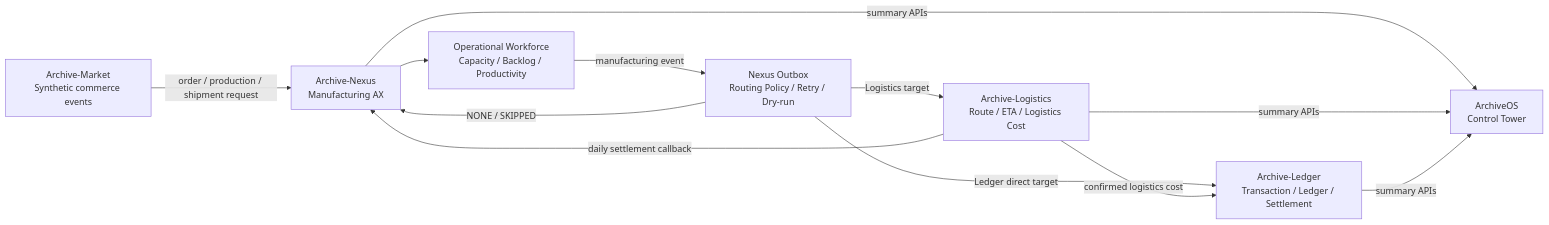
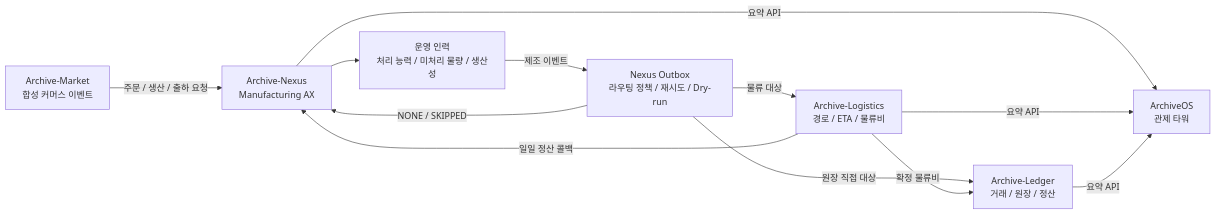
The diagram in README.md (CSJ-PJT/Archive-Nexus), drawn with Mermaid before and after one commit. The commit also changed other lines of this file, not shown here.

````diff
--- a/README.md
+++ b/README.md
@@ -26,22 +26,22 @@
 ```mermaid
 flowchart LR
-  Market[Archive-Market<br/>Synthetic commerce events]
+  Market[Archive-Market<br/>합성 커머스 이벤트]
   Nexus[Archive-Nexus<br/>Manufacturing AX]
-  Workforce[Operational Workforce<br/>Capacity / Backlog / Productivity]
-  Outbox[Nexus Outbox<br/>Routing Policy / Retry / Dry-run]
-  Logistics[Archive-Logistics<br/>Route / ETA / Logistics Cost]
-  Ledger[Archive-Ledger<br/>Transaction / Ledger / Settlement]
-  OS[ArchiveOS<br/>Control Tower]
+  Workforce[운영 인력<br/>처리 능력 / 미처리 물량 / 생산성]
+  Outbox[Nexus Outbox<br/>라우팅 정책 / 재시도 / Dry-run]
+  Logistics[Archive-Logistics<br/>경로 / ETA / 물류비]
+  Ledger[Archive-Ledger<br/>거래 / 원장 / 정산]
+  OS[ArchiveOS<br/>관제 타워]
 
-  Market -->|order / production / shipment request| Nexus
+  Market -->|주문 / 생산 / 출하 요청| Nexus
   Nexus --> Workforce
-  Workforce -->|manufacturing event| Outbox
-  Outbox -->|Logistics target| Logistics
-  Outbox -->|Ledger direct target| Ledger
+  Workforce -->|제조 이벤트| Outbox
+  Outbox -->|물류 대상| Logistics
+  Outbox -->|원장 직접 대상| Ledger
   Outbox -->|NONE / SKIPPED| Nexus
-  Logistics -->|daily settlement callback| Nexus
-  Logistics -->|confirmed logistics cost| Ledger
-  Nexus -->|summary APIs| OS
-  Logistics -->|summary APIs| OS
-  Ledger -->|summary APIs| OS
+  Logistics -->|일일 정산 콜백| Nexus
+  Logistics -->|확정 물류비| Ledger
+  Nexus -->|요약 API| OS
+  Logistics -->|요약 API| OS
+  Ledger -->|요약 API| OS
 ```
````
